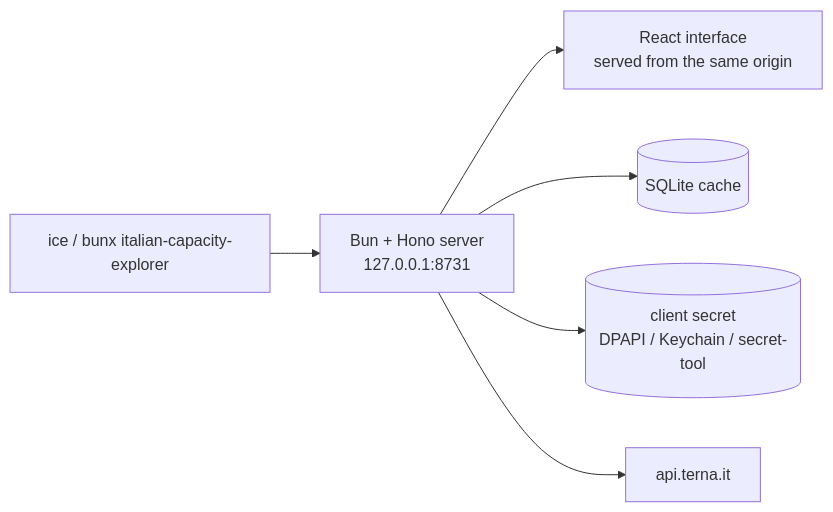
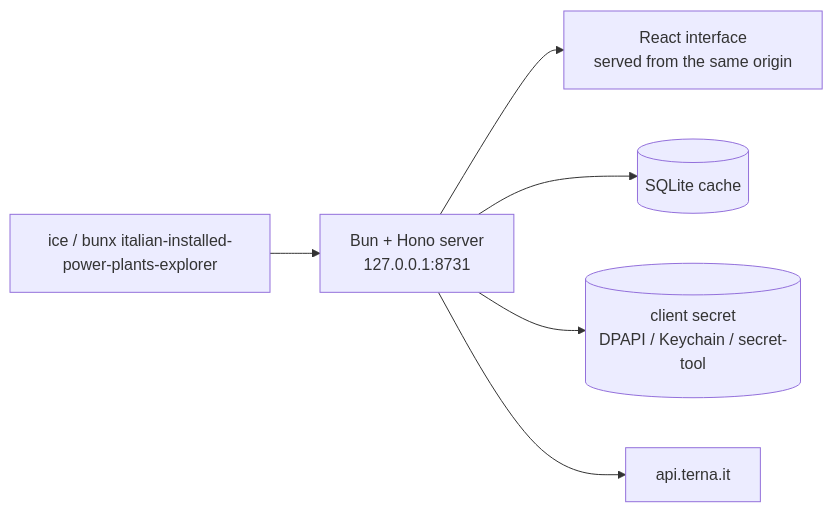
Before and after one commit to tomdacu/italian-installed-power-plants-explorer: the diagram in README.md, drawn with Mermaid. The commit also changed other lines of this file and 27 other files, not shown here.

First line of the commit message:
Rename to Italian Installed Power Plants Explorer, first release 1.0.0

````diff
--- a/README.md
+++ b/README.md
@@ -61,8 +61,8 @@
 ```mermaid
 flowchart LR
-  CLI["ice / bunx italian-capacity-explorer"] --> SRV["Bun + Hono server<br/>127.0.0.1:8731"]
+  CLI["ice / bunx italian-installed-power-plants-explorer"] --> SRV["Bun + Hono server<br/>127.0.0.1:8731"]
   SRV --> SPA["React interface<br/>served from the same origin"]
   SRV --> DB[("SQLite cache")]
   SRV --> SEC[("client secret<br/>DPAPI / Keychain / secret-tool")]
   SRV --> TERNA["api.terna.it"]
 ```
````
